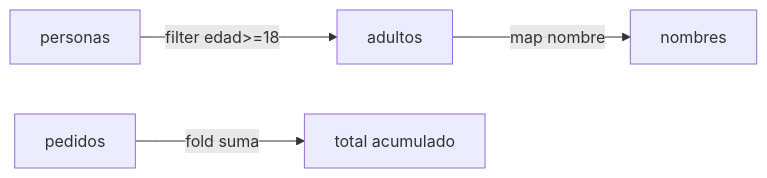
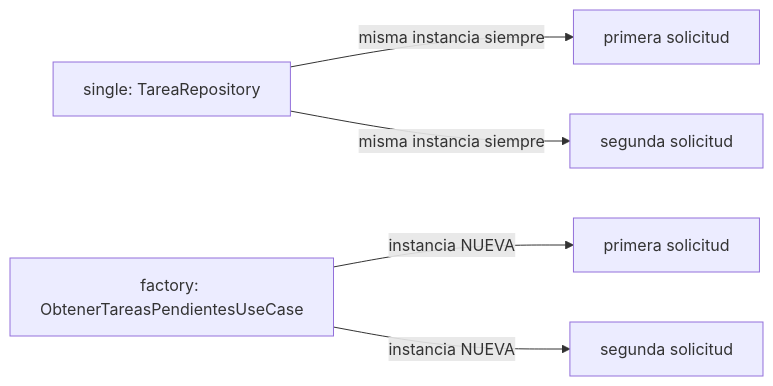
One commit to NICORUIZ93/The_Imperial_Book changed the fourth of 5 diagrams in web/public/content/kotlin-multiplatform/modulo-1.md. Above: the diagram before and after it, drawn with Mermaid. The commit also changed other lines of this file and 305 other files, not shown here.

````diff
--- a/web/public/content/kotlin-multiplatform/modulo-1.md
+++ b/web/public/content/kotlin-multiplatform/modulo-1.md
@@ -201,6 +226,7 @@
 ```mermaid
 flowchart LR
-  A[personas] -->|filter edad>=18| B[adultos]
-  B -->|map nombre| C[nombres]
-  D[pedidos] -->|fold suma| E[total acumulado]
+  A["single: TareaRepository"] -->|misma instancia siempre| B[primera solicitud]
+  A -->|misma instancia siempre| C[segunda solicitud]
+  D["factory: ObtenerTareasPendientesUseCase"] -->|instancia NUEVA| E[primera solicitud]
+  D -->|instancia NUEVA| F[segunda solicitud]
 ```
````
